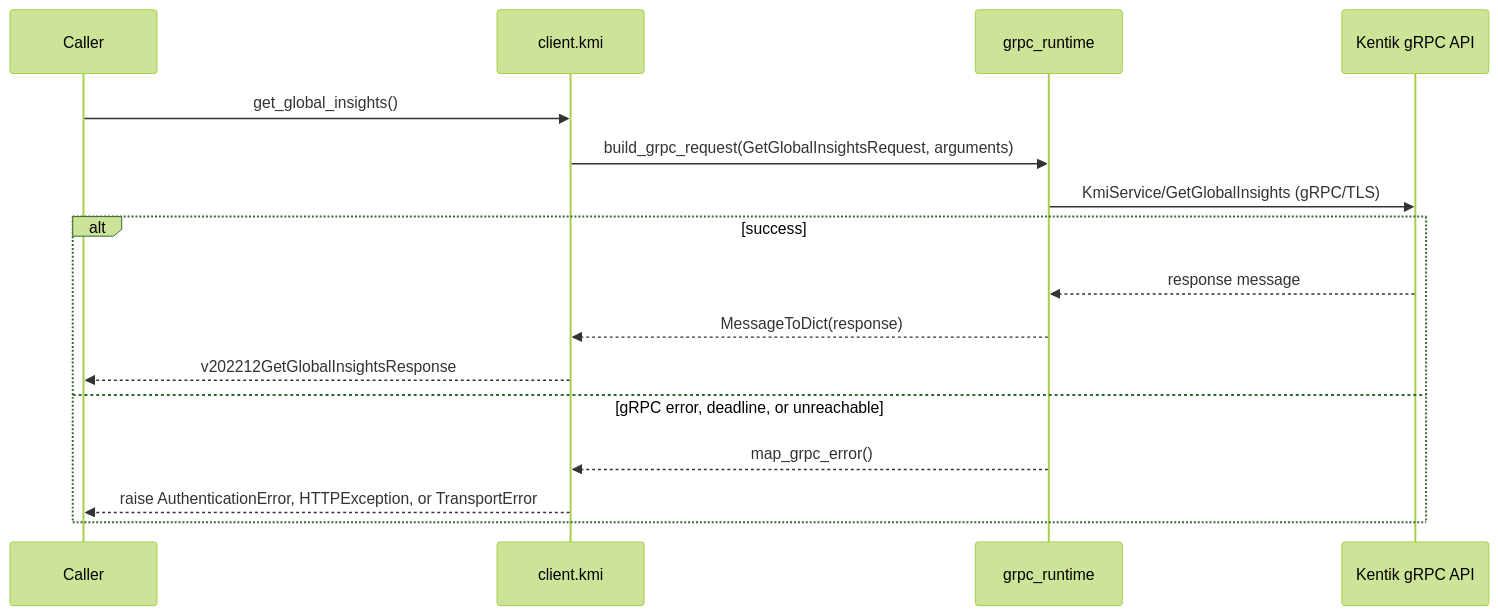
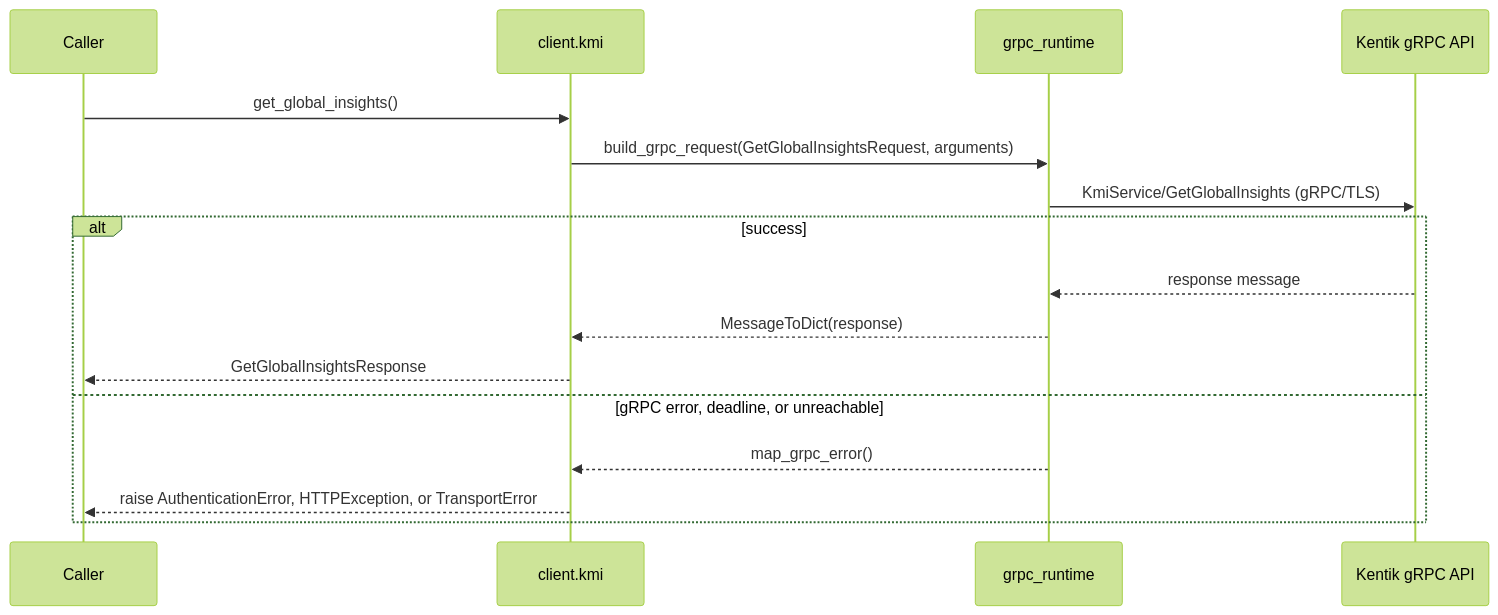
Before and after one commit to alexdearaujo/community_sdk_python: the third of 12 diagrams in docs/sphinx/services/kmi.md, drawn with Mermaid (forest theme). The commit also changed other lines of this file and 38 other files, not shown here.

````diff
--- a/docs/sphinx/services/kmi.md
+++ b/docs/sphinx/services/kmi.md
@@ -59,19 +59,19 @@
 ```mermaid
 sequenceDiagram
     participant C as Caller
     participant W as client.kmi
     participant R as grpc_runtime
     participant API as Kentik gRPC API
 
     C->>W: get_global_insights()
     W->>R: build_grpc_request(GetGlobalInsightsRequest, arguments)
     R->>API: KmiService/GetGlobalInsights (gRPC/TLS)
     alt success
         API-->>R: response message
         R-->>W: MessageToDict(response)
-        W-->>C: v202212GetGlobalInsightsResponse
+        W-->>C: GetGlobalInsightsResponse
     else gRPC error, deadline, or unreachable
         R-->>W: map_grpc_error()
         W-->>C: raise AuthenticationError, HTTPException, or TransportError
     end
 ```
````
